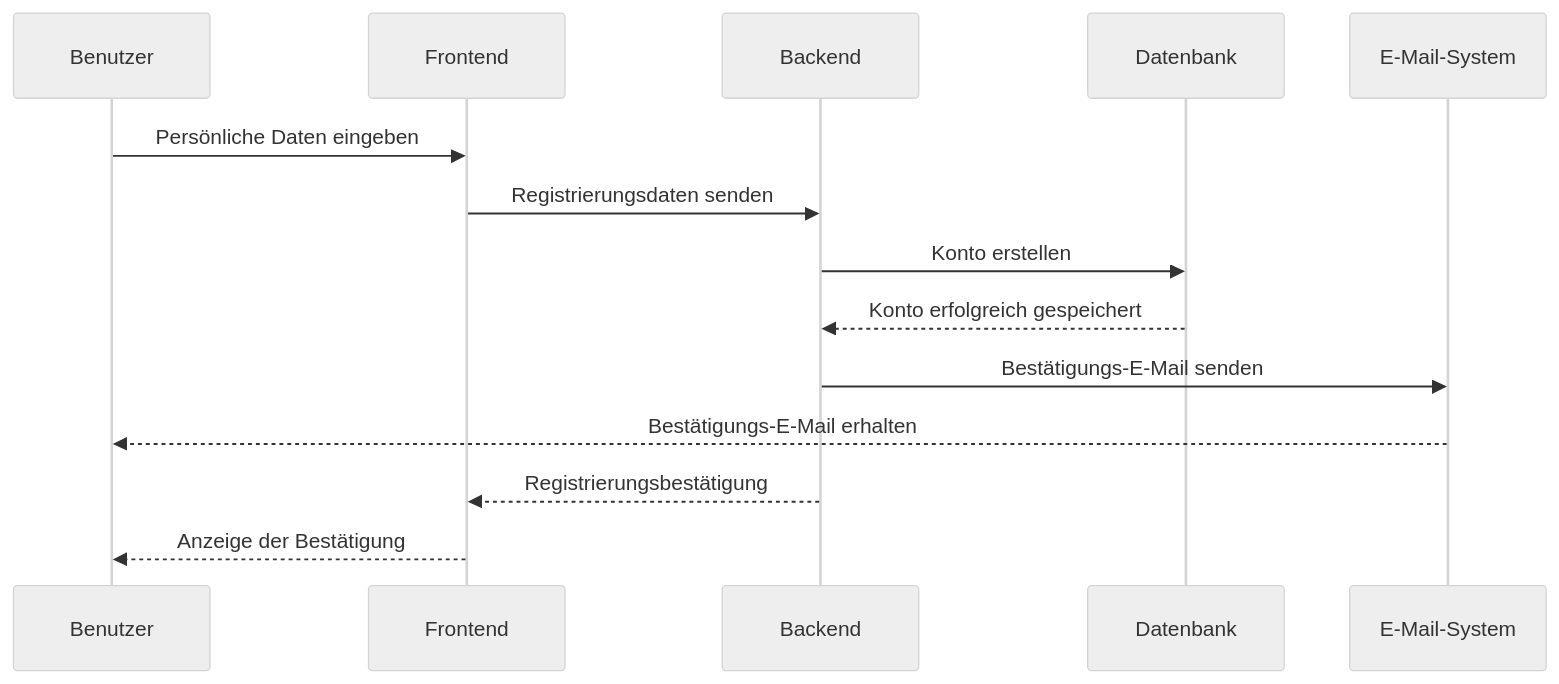
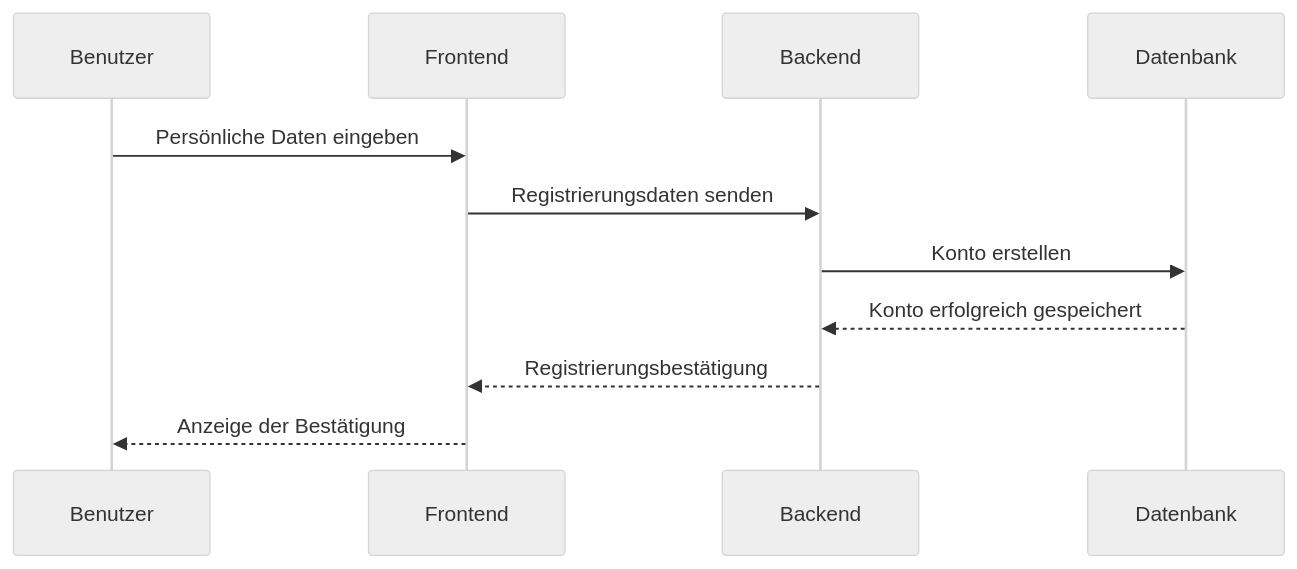
Before and after one commit to AlinaBoess/SoftwareEngineeringProjektTINF23B5: the second of 11 diagrams in documentation/architecture/SAD.md, drawn with Mermaid (neutral theme).

````diff
--- a/documentation/architecture/SAD.md
+++ b/documentation/architecture/SAD.md
@@ -112,17 +112,14 @@
 ```mermaid
 sequenceDiagram
     participant Benutzer
     participant Frontend
     participant Backend
     participant Datenbank
-    participant E-Mail-System
 
     Benutzer->>Frontend: Persönliche Daten eingeben
     Frontend->>Backend: Registrierungsdaten senden
     Backend->>Datenbank: Konto erstellen
     Datenbank-->>Backend: Konto erfolgreich gespeichert
-    Backend->>E-Mail-System: Bestätigungs-E-Mail senden
-    E-Mail-System-->>Benutzer: Bestätigungs-E-Mail erhalten
     Backend-->>Frontend: Registrierungsbestätigung
     Frontend-->>Benutzer: Anzeige der Bestätigung
 ```
````
